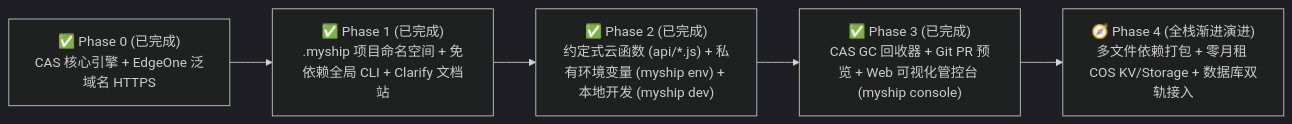
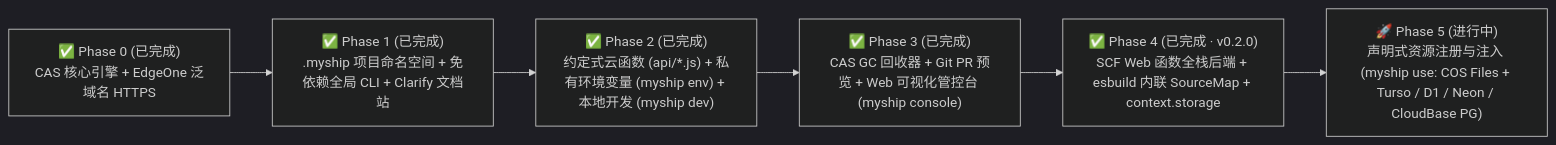
Before and after one commit to huxy2023/myship: the diagram in docs/04-roadmap.md, drawn with Mermaid (dark theme). The commit also changed other lines of this file and 13 other files, not shown here.

First line of the commit message:
feat(resources): declarative myship use cloud resource engine for COS files & 5 serverless DBs (v0.3.0)

````diff
--- a/docs/04-roadmap.md
+++ b/docs/04-roadmap.md
@@ -23,7 +23,8 @@
 ```mermaid
 flowchart LR
     P0["✅ Phase 0 (已完成)<br/>CAS 核心引擎 + EdgeOne 泛域名 HTTPS"] --> P1["✅ Phase 1 (已完成)<br/>.myship 项目命名空间 + 免依赖全局 CLI + Clarify 文档站"]
     P1 --> P2["✅ Phase 2 (已完成)<br/>约定式云函数 (api/*.js) + 私有环境变量 (myship env) + 本地开发 (myship dev)"]
     P2 --> P3["✅ Phase 3 (已完成)<br/>CAS GC 回收器 + Git PR 预览 + Web 可视化管控台 (myship console)"]
-    P3 --> P4["🧭 Phase 4 (全栈渐进演进)<br/>多文件依赖打包 + 零月租 COS KV/Storage + 数据库双轨接入"]
+    P3 --> P4["✅ Phase 4 (已完成 · v0.2.0)<br/>SCF Web 函数全栈后端 + esbuild 内联 SourceMap + context.storage"]
+    P4 --> P5["🚀 Phase 5 (进行中)<br/>声明式资源注册与注入 (myship use: COS Files + Turso / D1 / Neon / CloudBase PG)"]
 ```
````
